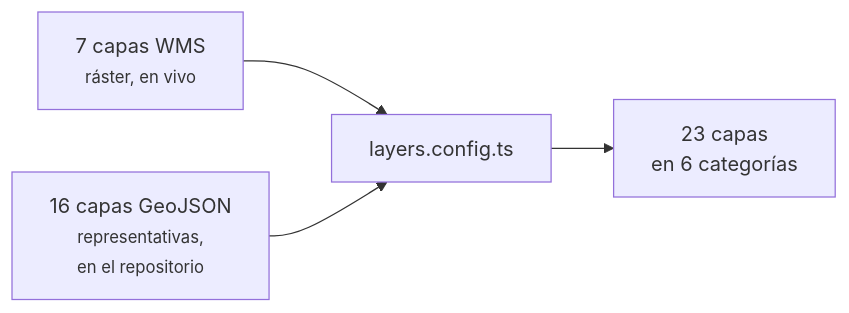
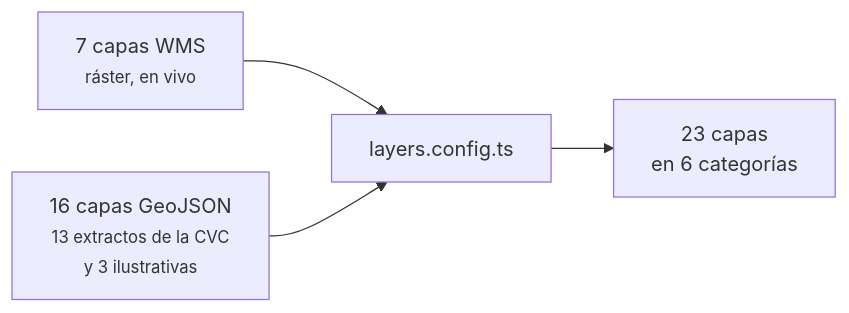
One commit to DevCristobalvc/geovisor-sevillavalle changed the diagram in docs/generador/mmd/mt-03.mmd. Above: the diagram before and after it, drawn with Mermaid. The commit also changed 32 other files, not shown here.

First line of the commit message:
feat(datos): 13 capas oficiales de la CVC recortadas a Sevilla

```diff
--- a/docs/generador/mmd/mt-03.mmd
+++ b/docs/generador/mmd/mt-03.mmd
@@ -1,4 +1,4 @@
 flowchart LR
     A["7 capas WMS<br/><small>ráster, en vivo</small>"] --> C["layers.config.ts"]
-    B["16 capas GeoJSON<br/><small>representativas,<br/>en el repositorio</small>"] --> C
+    B["16 capas GeoJSON<br/><small>13 extractos de la CVC<br/>y 3 ilustrativas</small>"] --> C
     C --> D["23 capas<br/>en 6 categorías"]
```
